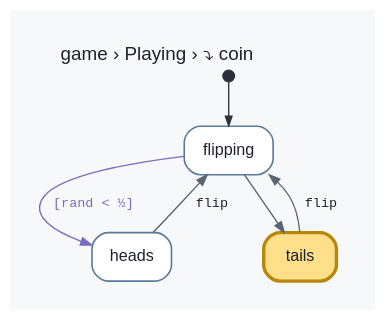
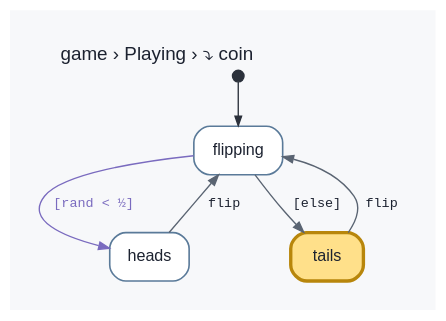
Before and after one commit to sheluchin/statechart-viz: the diagram in doc/invoke-child.dot, drawn with Graphviz. The commit also changed 7 other files, not shown here.

```diff
--- a/doc/invoke-child.dot
+++ b/doc/invoke-child.dot
@@ -1,17 +1,17 @@
 digraph statechart {
   compound=true; newrank=true; rankdir=TB;
   bgcolor="#f7f8fa"; pad=0.3; nodesep=0.4; ranksep=0.45;
   fontname="Helvetica"; fontcolor="#1c2230";
   label="game › Playing › ⤵ coin"; labelloc="t"; labeljust="l"; fontsize=14;
   node [fontname="Helvetica" fontsize=12 fontcolor="#1c2230" margin="0.15,0.06"];
   edge [fontname="Courier" fontsize=10 arrowsize=0.8];
   "init_s0" [shape="point" width=0.12 color="#2b313b" fillcolor="#2b313b"];
   "s1" [color="#5a7a99" fillcolor="#ffffff" penwidth=1.2 style="rounded,filled" label="flipping" id="state:coin/flipping" class="sv-state" shape="box"];
   "s2" [color="#5a7a99" fillcolor="#ffffff" penwidth=1.2 style="rounded,filled" label="heads" id="state:coin/heads" class="sv-state" shape="box"];
   "s3" [color="#b8860b" fillcolor="#ffe08a" penwidth=2.5 style="rounded,filled" label="tails" id="state:coin/tails" class="sv-state" shape="box"];
   "init_s0" -> "s1" [color="#2b313b" arrowsize=0.7];
   "s1" -> "s2" [label=" [rand < ½] " color="#7a6bbf" fontcolor="#7a6bbf"];
-  "s1" -> "s3" [color="#5a6472" fontcolor="#1c2230"];
+  "s1" -> "s3" [label=" [else] " color="#5a6472" fontcolor="#1c2230"];
   "s2" -> "s1" [label=" flip " color="#5a6472" fontcolor="#1c2230"];
   "s3" -> "s1" [label=" flip " color="#5a6472" fontcolor="#1c2230"];
 }
```
